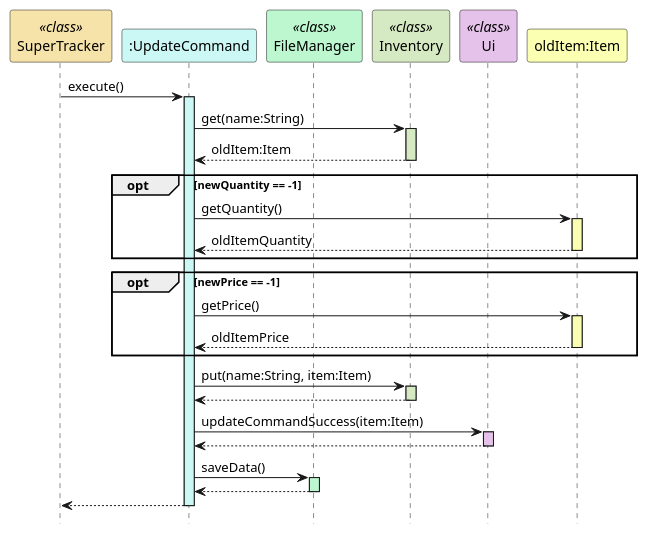
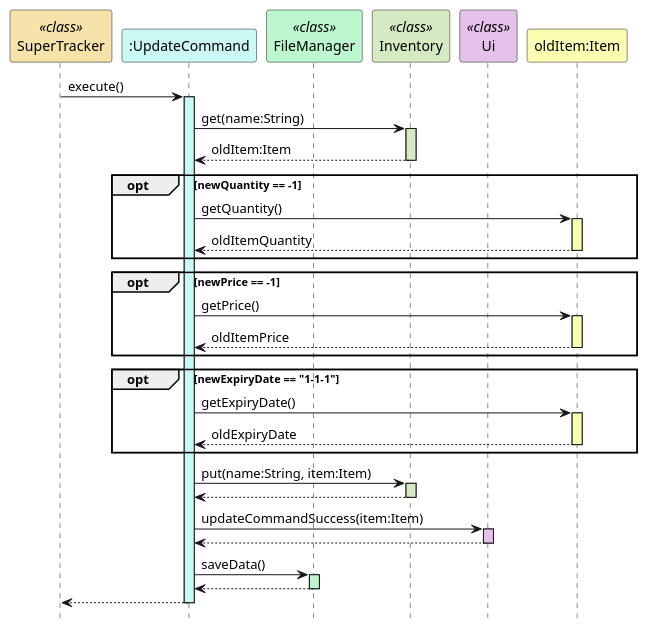
The second of 2 diagrams in docs/uml-diagrams/UpdateCommand.puml (rismm/tp), drawn with PlantUML before and after one commit. The commit also changed other lines of this file and 2 other files, not shown here.

Commit message:
update UpdateCommand UMLs

```diff
--- a/docs/uml-diagrams/UpdateCommand.puml
+++ b/docs/uml-diagrams/UpdateCommand.puml
@@ -58,49 +59,56 @@
 @startuml
 hide footbox
 participant "SuperTracker" as SuperTracker <<class>> #f5e3a9
 participant ":UpdateCommand" as UpdateCommand #cbf7f4
 participant "FileManager" as FileManager <<class>> #bcf7cf
 participant "Inventory" as Inventory <<class>> #d5eac2
 participant "Ui" as Ui <<class>> #e5c2ea
 participant "oldItem:Item" as Item #fbffb2
 
 SuperTracker -> UpdateCommand : execute()
 activate UpdateCommand #cbf7f4
 
 UpdateCommand -> Inventory : get(name:String)
 activate Inventory #d5eac2
 Inventory --> UpdateCommand : oldItem:Item
 deactivate Inventory
 
 opt newQuantity == -1
     UpdateCommand -> Item: getQuantity()
     activate Item #fbffb2
     Item --> UpdateCommand: oldItemQuantity
     deactivate Item
 end
 
 opt newPrice == -1
     UpdateCommand -> Item: getPrice()
     activate Item #fbffb2
     Item --> UpdateCommand: oldItemPrice
     deactivate Item
 end
 
+opt newExpiryDate == "1-1-1"
+    UpdateCommand -> Item: getExpiryDate()
+    activate Item #fbffb2
+    Item --> UpdateCommand: oldExpiryDate
+    deactivate Item
+end
+
 UpdateCommand -> Inventory : put(name:String, item:Item)
 activate Inventory #d5eac2
 Inventory --> UpdateCommand
 deactivate Inventory
 
 UpdateCommand -> Ui : updateCommandSuccess(item:Item)
 activate Ui #e5c2ea
 Ui --> UpdateCommand
 deactivate Ui
 
 UpdateCommand -> FileManager : saveData()
 activate FileManager #bcf7cf
 FileManager --> UpdateCommand
 deactivate FileManager
 
 UpdateCommand --> SuperTracker
 deactivate UpdateCommand
 @enduml
```
